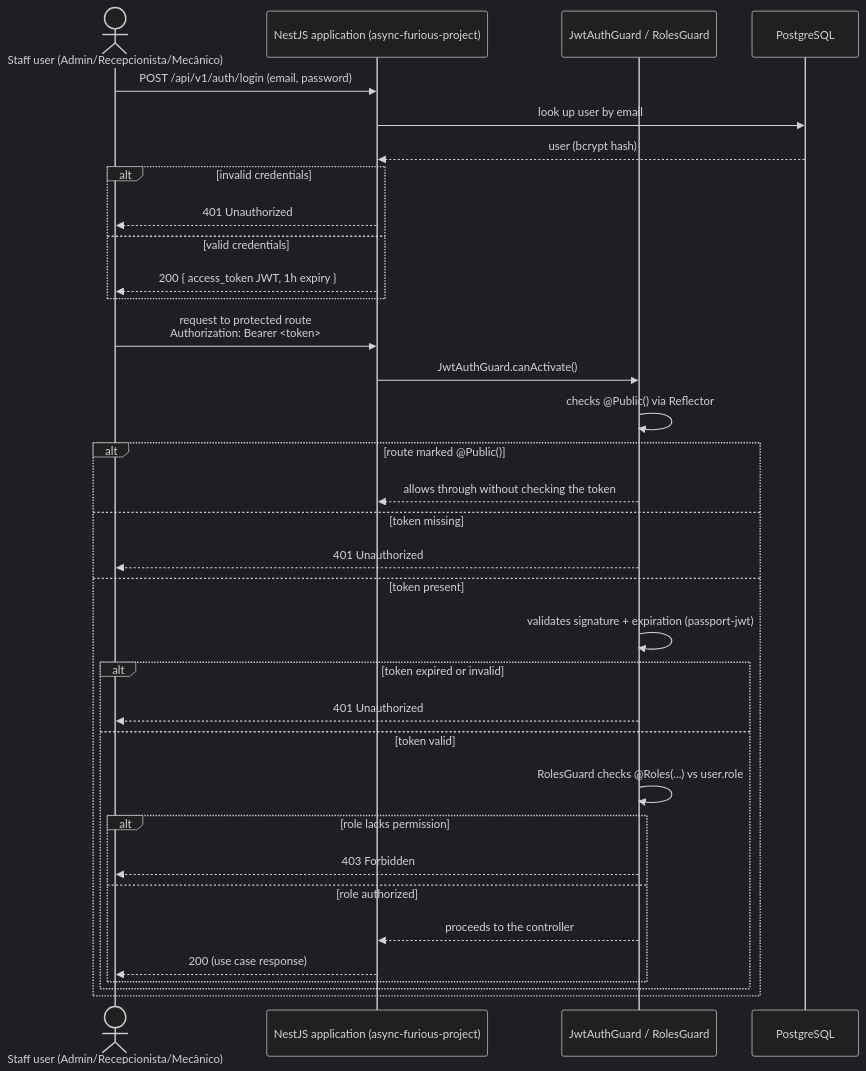
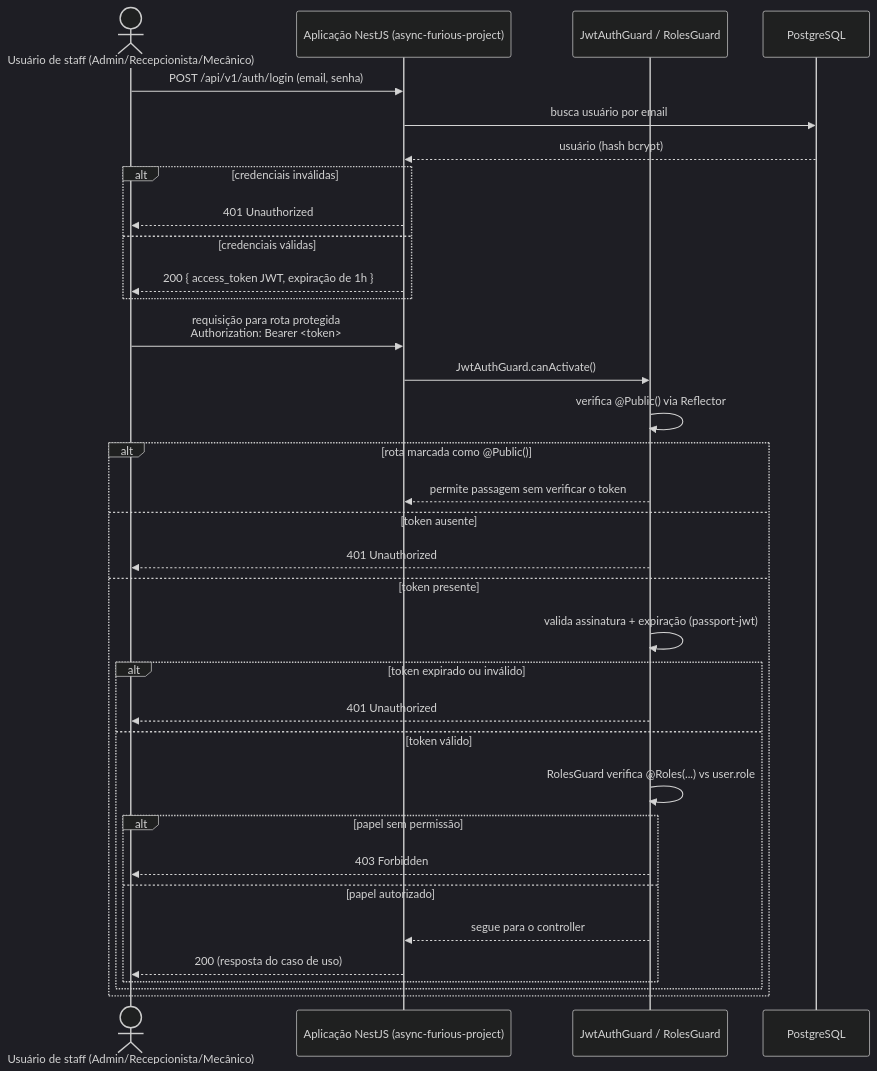
The first of 2 diagrams in docs/architecture/authentication-flow.md (Async-And-Furious/async-furious-project), drawn with Mermaid (dark theme) before and after one commit. The commit also changed other lines of this file and 18 other files, not shown here.

````diff
--- a/docs/architecture/authentication-flow.md
+++ b/docs/architecture/authentication-flow.md
@@ -14,38 +15,38 @@
 ```mermaid
 sequenceDiagram
-    actor U as Staff user (Admin/Recepcionista/Mecânico)
-    participant API as NestJS application (async-furious-project)
+    actor U as Usuário de staff (Admin/Recepcionista/Mecânico)
+    participant API as Aplicação NestJS (async-furious-project)
     participant Guard as JwtAuthGuard / RolesGuard
     participant DB as PostgreSQL
 
-    U->>API: POST /api/v1/auth/login (email, password)
-    API->>DB: look up user by email
-    DB-->>API: user (bcrypt hash)
-    alt invalid credentials
+    U->>API: POST /api/v1/auth/login (email, senha)
+    API->>DB: busca usuário por email
+    DB-->>API: usuário (hash bcrypt)
+    alt credenciais inválidas
         API-->>U: 401 Unauthorized
-    else valid credentials
-        API-->>U: 200 { access_token JWT, 1h expiry }
+    else credenciais válidas
+        API-->>U: 200 { access_token JWT, expiração de 1h }
     end
 
-    U->>API: request to protected route<br/>Authorization: Bearer <token>
+    U->>API: requisição para rota protegida<br/>Authorization: Bearer <token>
     API->>Guard: JwtAuthGuard.canActivate()
-    Guard->>Guard: checks @Public() via Reflector
-    alt route marked @Public()
-        Guard-->>API: allows through without checking the token
-    else token missing
+    Guard->>Guard: verifica @Public() via Reflector
+    alt rota marcada como @Public()
+        Guard-->>API: permite passagem sem verificar o token
+    else token ausente
         Guard-->>U: 401 Unauthorized
-    else token present
-        Guard->>Guard: validates signature + expiration (passport-jwt)
-        alt token expired or invalid
+    else token presente
+        Guard->>Guard: valida assinatura + expiração (passport-jwt)
+        alt token expirado ou inválido
             Guard-->>U: 401 Unauthorized
-        else token valid
-            Guard->>Guard: RolesGuard checks @Roles(...) vs user.role
-            alt role lacks permission
+        else token válido
+            Guard->>Guard: RolesGuard verifica @Roles(...) vs user.role
+            alt papel sem permissão
                 Guard-->>U: 403 Forbidden
-            else role authorized
-                Guard-->>API: proceeds to the controller
-                API-->>U: 200 (use case response)
+            else papel autorizado
+                Guard-->>API: segue para o controller
+                API-->>U: 200 (resposta do caso de uso)
             end
         end
     end
 ```
````
